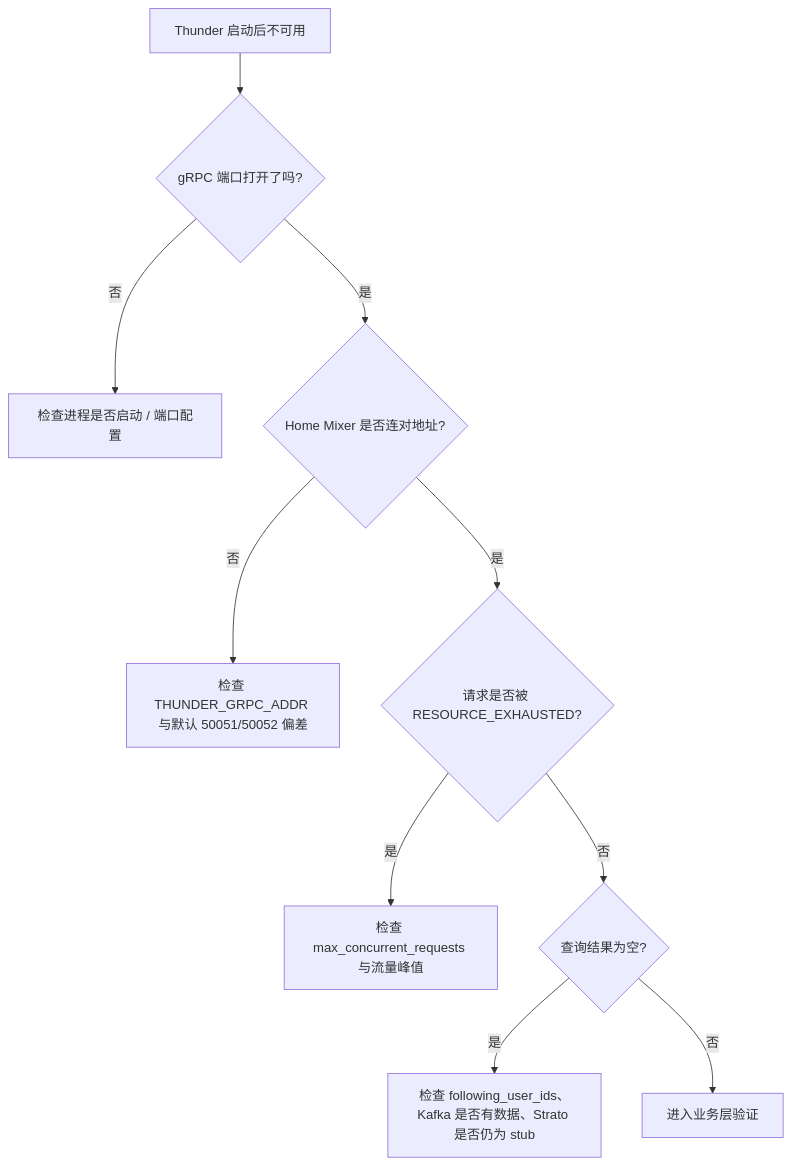
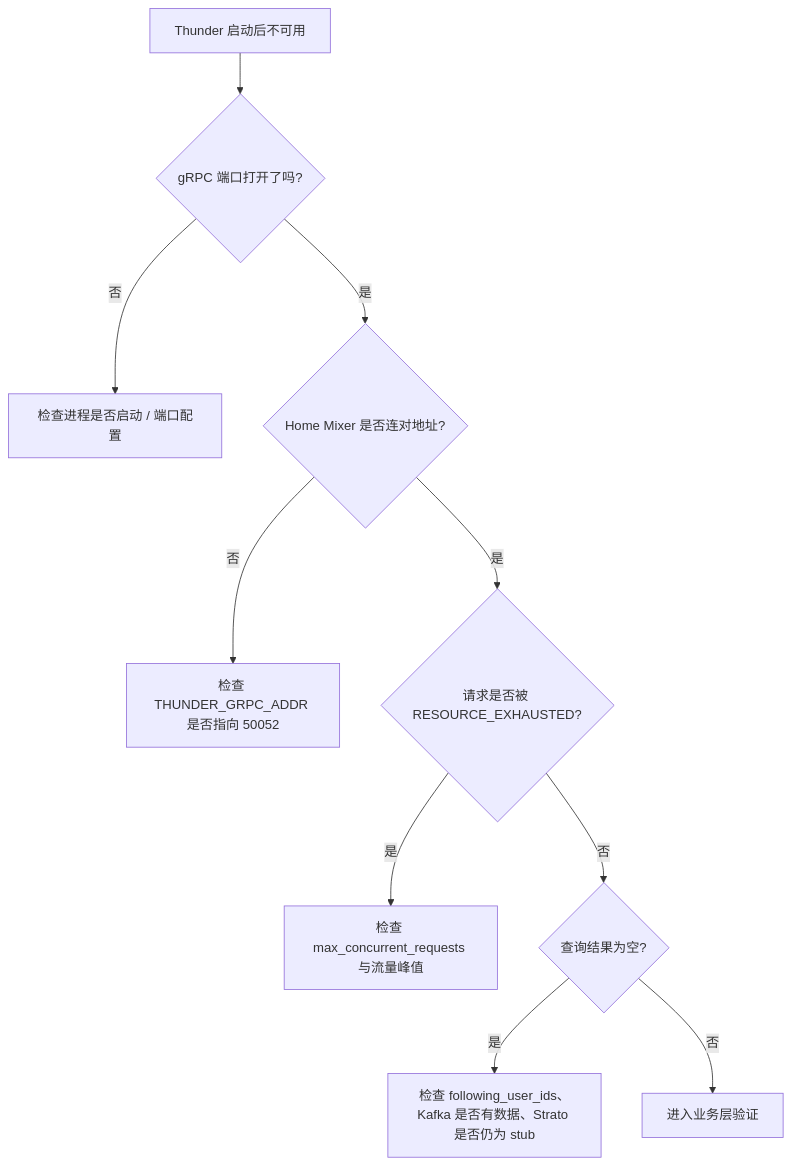
The second of 2 diagrams in docs/thunder/05-operations-and-observability.md (freefcw/x-algorithm), drawn with Mermaid before and after one commit. The commit also changed other lines of this file and 44 other files, not shown here.

````diff
--- a/docs/thunder/05-operations-and-observability.md
+++ b/docs/thunder/05-operations-and-observability.md
@@ -77,12 +77,12 @@
 ```mermaid
 flowchart TD
     A[Thunder 启动后不可用] --> B{gRPC 端口打开了吗?}
     B -- 否 --> C[检查进程是否启动 / 端口配置]
     B -- 是 --> D{Home Mixer 是否连对地址?}
-    D -- 否 --> E[检查 THUNDER_GRPC_ADDR 与默认 50051/50052 偏差]
+    D -- 否 --> E[检查 THUNDER_GRPC_ADDR 是否指向 50052]
     D -- 是 --> F{请求是否被 RESOURCE_EXHAUSTED?}
     F -- 是 --> G[检查 max_concurrent_requests 与流量峰值]
     F -- 否 --> H{查询结果为空?}
     H -- 是 --> I[检查 following_user_ids、Kafka 是否有数据、Strato 是否仍为 stub]
     H -- 否 --> J[进入业务层验证]
 ```
````
